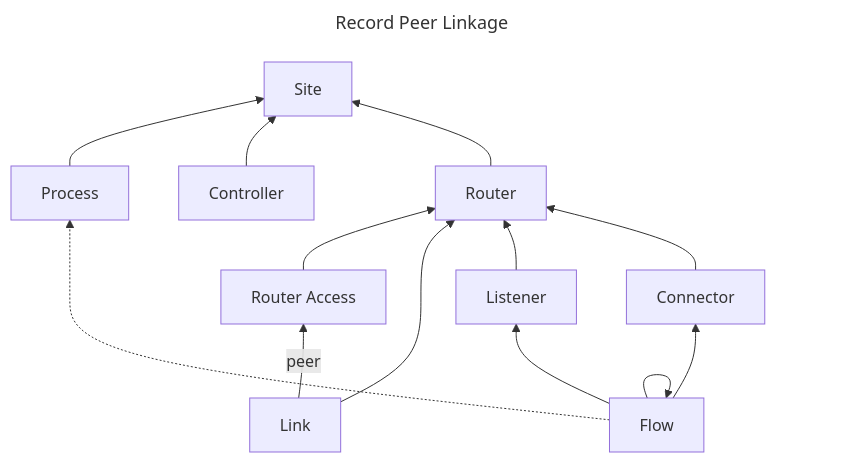
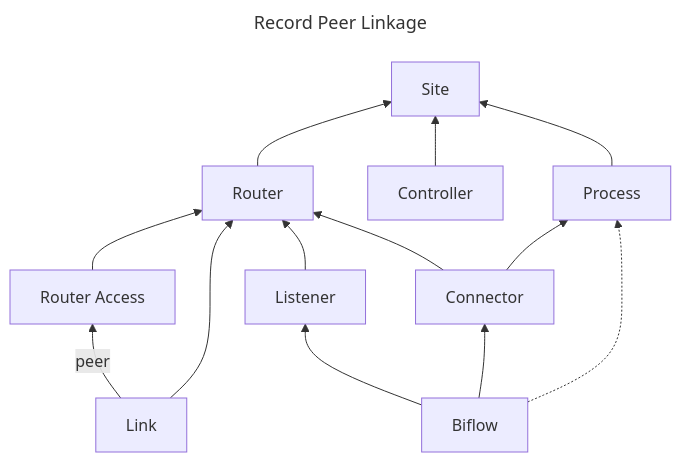
The first of 2 diagrams in README.md (c-kruse/vanflow-specification), drawn with Mermaid before and after one commit. The commit also changed other lines of this file, not shown here.

Commit message:
Document BIFLOW record types and relations

````diff
--- a/README.md
+++ b/README.md
@@ -392,20 +424,20 @@
 ```mermaid
 ---
 title: Record Peer Linkage
 ---
 flowchart BT;
     s["Site"];
     proc["Process"] --> s;
     ctrlr["Controller"] --> s;
     rtr["Router"] --> s;
     ra["Router Access"] --> rtr;
     link["Link"] -->|peer| ra;
     link["Link"] --> rtr;
     lst["Listener"] --> rtr;
     cnctr["Connector"] --> rtr;
-    flow["Flow"] --> |counterflow| flow;
-    flow --> flow;
+    cnctr["Connector"] --> proc;
+    flow["Biflow"]
     flow --> lst;
     flow --> cnctr;
     flow -.-> proc;
 ```
````
